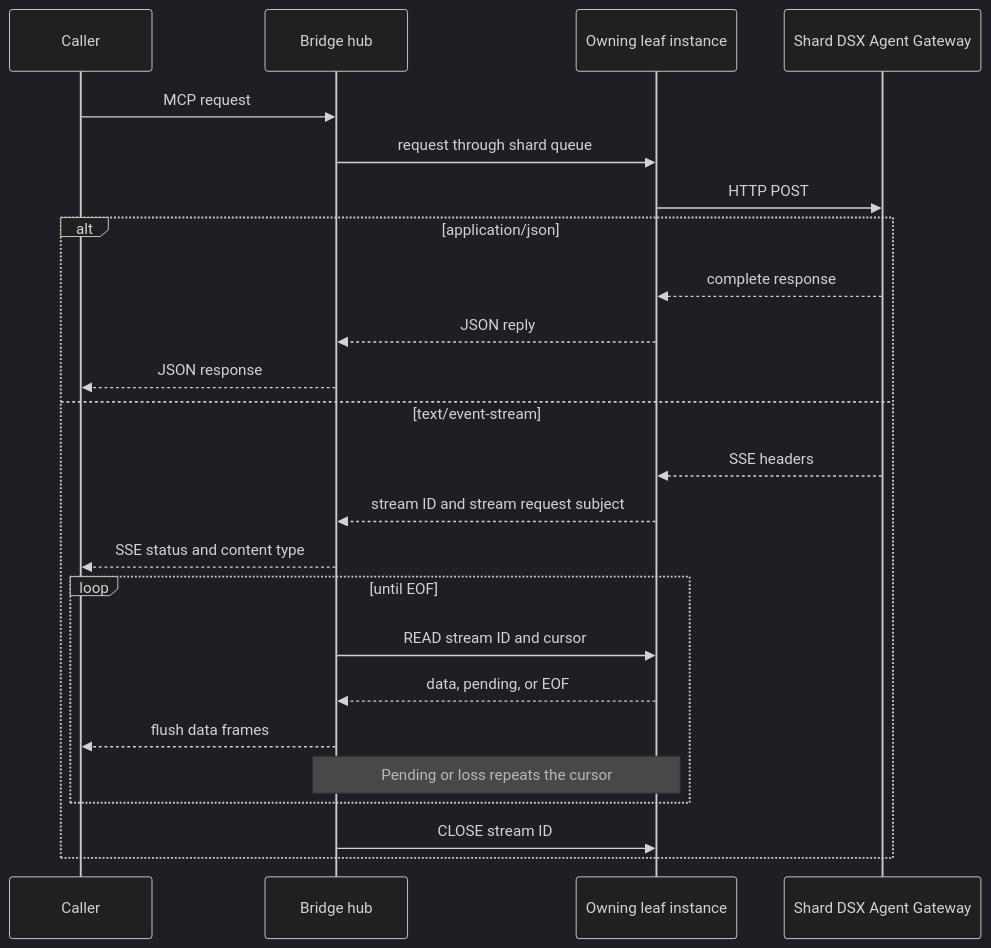
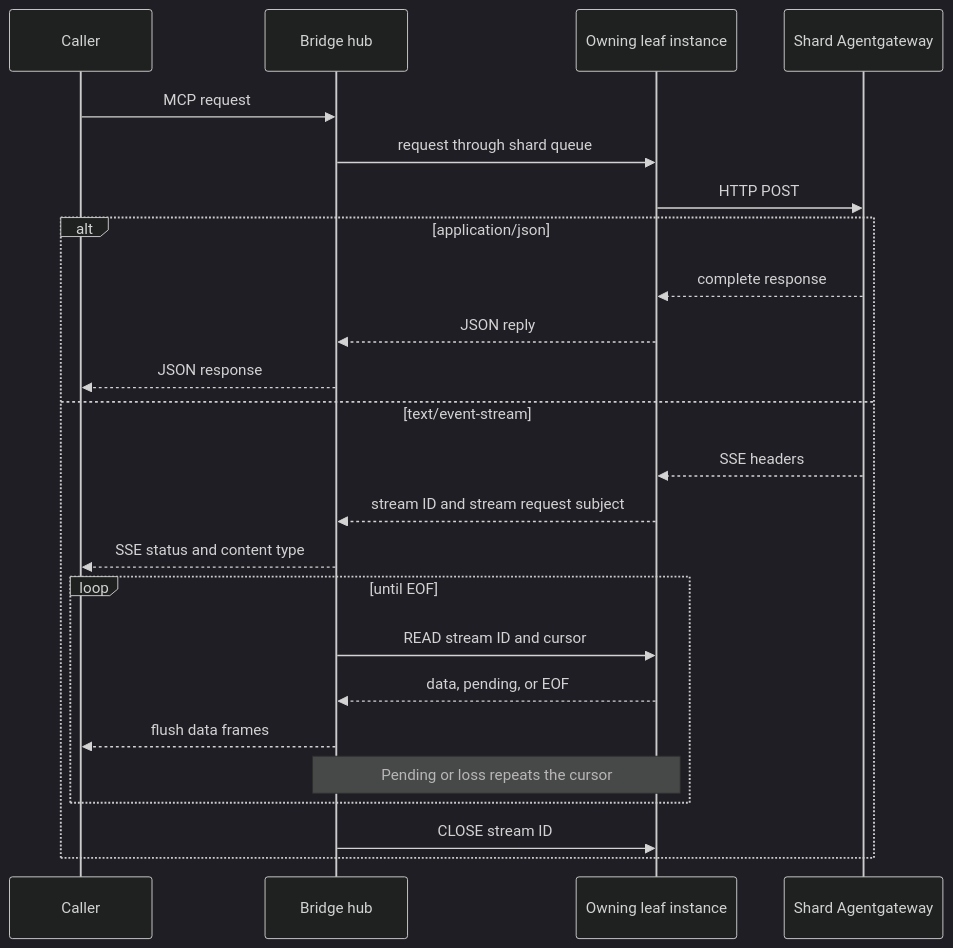
Before and after one commit to NVIDIA/dsx-exchange: the fifth of 5 diagrams in dsx-agentgateway-bridge/README.md, drawn with Mermaid (dark theme). The commit also changed other lines of this file and 12 other files, not shown here.

````diff
--- a/dsx-agentgateway-bridge/README.md
+++ b/dsx-agentgateway-bridge/README.md
@@ -180,28 +180,28 @@
 ```mermaid
 sequenceDiagram
     participant Caller
     participant Hub as Bridge hub
     participant Leaf as Owning leaf instance
-    participant Gateway as Shard DSX Agent Gateway
+    participant Gateway as Shard Agentgateway
 
     Caller->>Hub: MCP request
     Hub->>Leaf: request through shard queue
     Leaf->>Gateway: HTTP POST
 
     alt application/json
         Gateway-->>Leaf: complete response
         Leaf-->>Hub: JSON reply
         Hub-->>Caller: JSON response
     else text/event-stream
         Gateway-->>Leaf: SSE headers
         Leaf-->>Hub: stream ID and stream request subject
         Hub-->>Caller: SSE status and content type
         loop until EOF
             Hub->>Leaf: READ stream ID and cursor
             Leaf-->>Hub: data, pending, or EOF
             Hub-->>Caller: flush data frames
             Note over Hub,Leaf: Pending or loss repeats the cursor
         end
         Hub->>Leaf: CLOSE stream ID
     end
 ```
````
